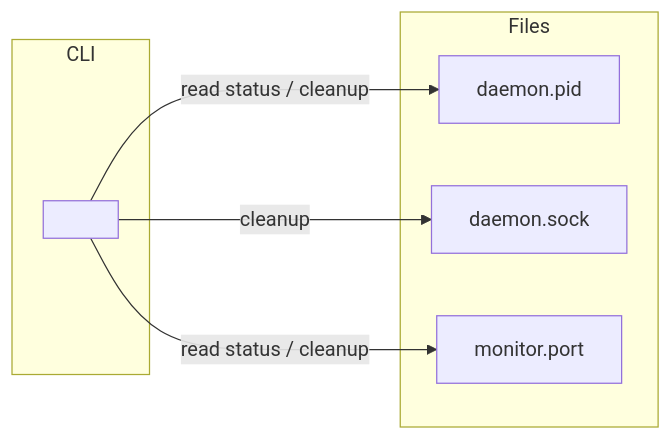
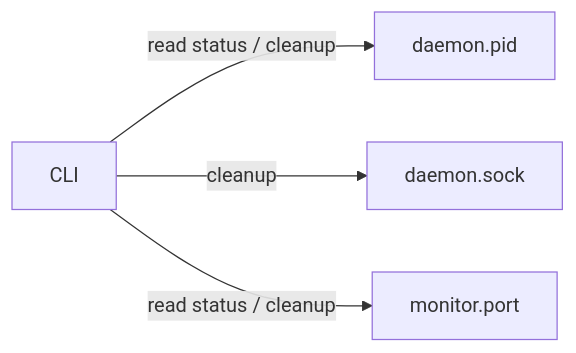
The tenth of 12 diagrams in docs/guides/architecture.md (HealGaren/claude-channel-mux), drawn with Mermaid before and after one commit. The commit also changed other lines of this file, not shown here.

Commit message:
docs: fix broken mermaid syntax, add adapter platform hint

````diff
--- a/docs/guides/architecture.md
+++ b/docs/guides/architecture.md
@@ -214,15 +205,6 @@
 ```mermaid
 graph LR
-    subgraph CLI
-        C[ ]
-    end
-    subgraph Files
-        PID[daemon.pid]
-        SOCK[daemon.sock]
-        MON[monitor.port]
-    end
-
-    C -->|read status / cleanup| PID
-    C -->|cleanup| SOCK
-    C -->|read status / cleanup| MON
+    CLI -->|read status / cleanup| PID[daemon.pid]
+    CLI -->|cleanup| SOCK[daemon.sock]
+    CLI -->|read status / cleanup| MON[monitor.port]
 ```
````
